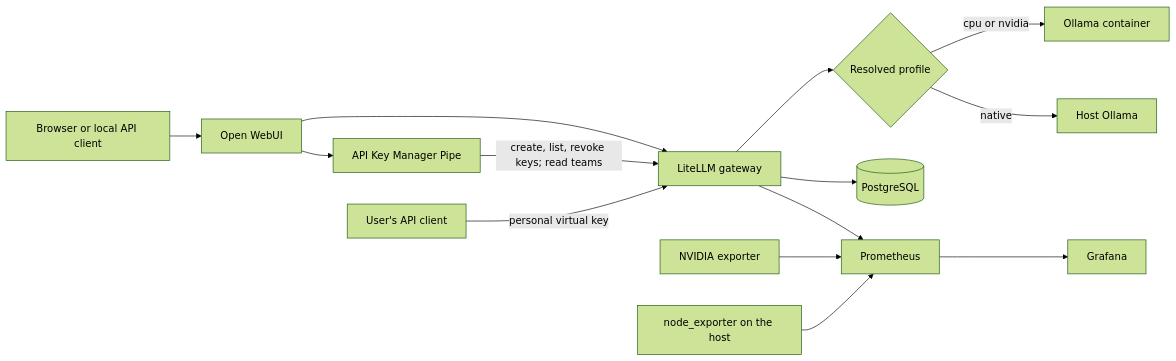
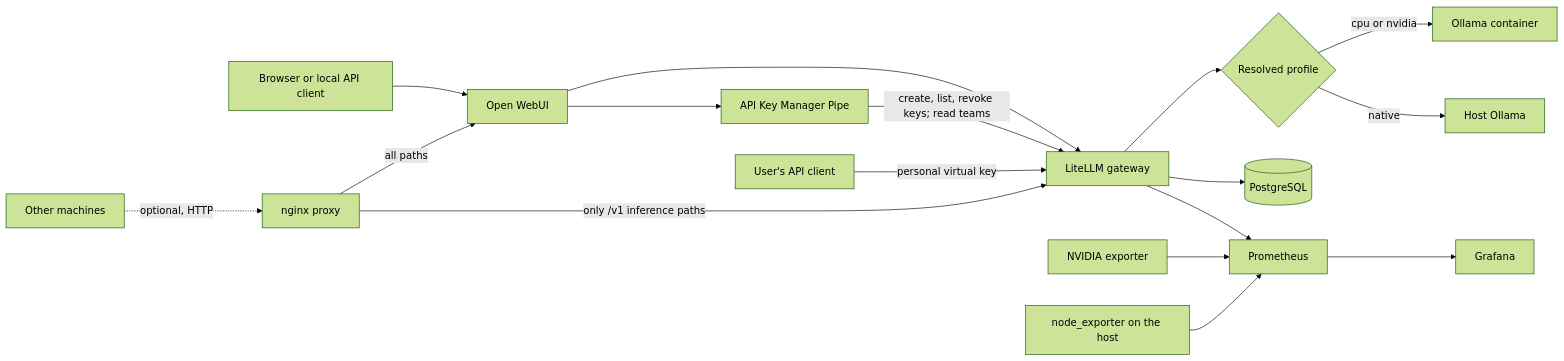
The diagram in docs/architecture.md (nawariso/PocketMind), drawn with Mermaid (forest theme) before and after one commit. The commit also changed other lines of this file and 9 other files, not shown here.

````diff
--- a/docs/architecture.md
+++ b/docs/architecture.md
@@ -9,16 +9,19 @@
 ```mermaid
 flowchart LR
     Client[Browser or local API client] --> WebUI[Open WebUI]
     WebUI --> LiteLLM[LiteLLM gateway]
     LiteLLM --> Runtime{Resolved profile}
     Runtime -->|cpu or nvidia| OllamaContainer[Ollama container]
     Runtime -->|native| OllamaHost[Host Ollama]
     LiteLLM --> PostgreSQL[(PostgreSQL)]
     LiteLLM --> Prometheus[Prometheus]
     NvidiaExporter[NVIDIA exporter] --> Prometheus
     NodeExporter[node_exporter on the host] --> Prometheus
     Prometheus --> Grafana[Grafana]
     WebUI --> KeyManager[API Key Manager Pipe]
     KeyManager -->|create, list, revoke keys; read teams| LiteLLM
     ApiClient[User's API client] -->|personal virtual key| LiteLLM
+    RemoteUser[Other machines] -.->|optional, HTTP| Nginx[nginx proxy]
+    Nginx -->|all paths| WebUI
+    Nginx -->|only /v1 inference paths| LiteLLM
 ```
````
